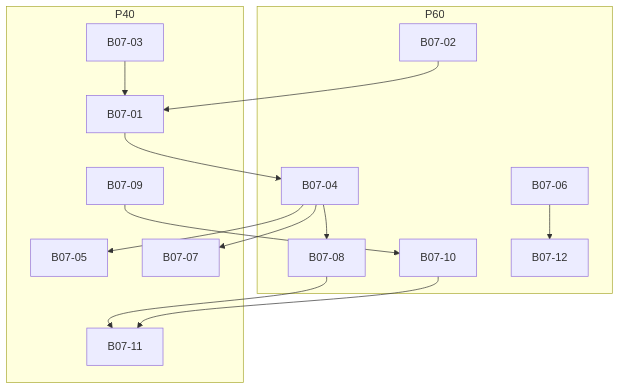
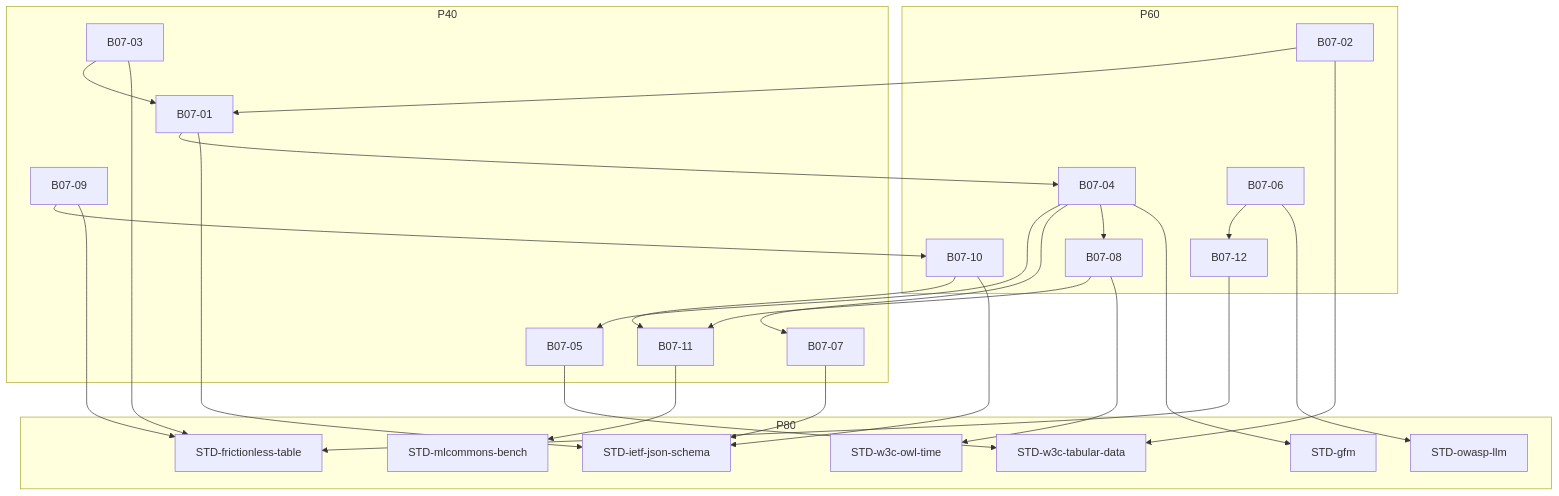
One commit to Monyeah777/NarrativeForge changed the diagram in community/多轮对话与角色扮演域包/outputs/charts/CONCEPT_DAG.mmd. Above: the diagram before and after it, drawn with Mermaid. The commit also changed 721 other files, not shown here.

```diff
--- a/community/多轮对话与角色扮演域包/outputs/charts/CONCEPT_DAG.mmd
+++ b/community/多轮对话与角色扮演域包/outputs/charts/CONCEPT_DAG.mmd
@@ -1,28 +1,49 @@
 %% 概念前置图（由 community/多轮对话与角色扮演域包/assets/CONCEPT_GRAPH.md 确定性派生；唯一机读真相在资产 §4 围栏块）
 flowchart TD
   subgraph P40[P40]
     B07-01
     B07-03
     B07-05
     B07-07
     B07-09
     B07-11
   end
   subgraph P60[P60]
     B07-02
     B07-04
     B07-06
     B07-08
     B07-10
     B07-12
   end
+  subgraph P80[P80]
+    STD-frictionless-table
+    STD-gfm
+    STD-ietf-json-schema
+    STD-mlcommons-bench
+    STD-owasp-llm
+    STD-w3c-owl-time
+    STD-w3c-tabular-data
+  end
   B07-02 --> B07-01
   B07-03 --> B07-01
   B07-01 --> B07-04
   B07-04 --> B07-05
   B07-04 --> B07-07
   B07-04 --> B07-08
   B07-09 --> B07-10
   B07-10 --> B07-11
   B07-08 --> B07-11
   B07-06 --> B07-12
+  B07-03 --> STD-frictionless-table
+  B07-09 --> STD-frictionless-table
+  B07-12 --> STD-frictionless-table
+  B07-04 --> STD-gfm
+  B07-01 --> STD-ietf-json-schema
+  B07-07 --> STD-ietf-json-schema
+  B07-10 --> STD-ietf-json-schema
+  B07-11 --> STD-mlcommons-bench
+  B07-06 --> STD-owasp-llm
+  B07-08 --> STD-w3c-owl-time
+  B07-02 --> STD-w3c-tabular-data
+  B07-05 --> STD-w3c-tabular-data
```
